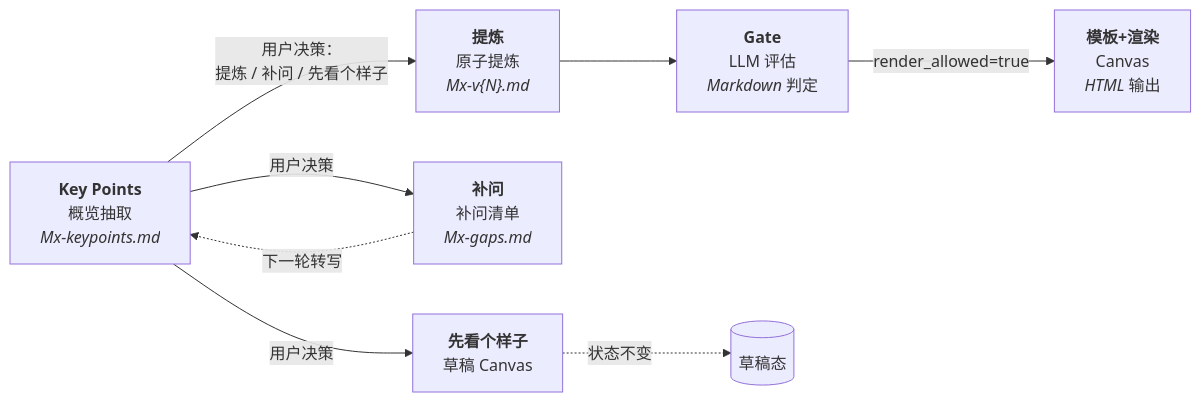
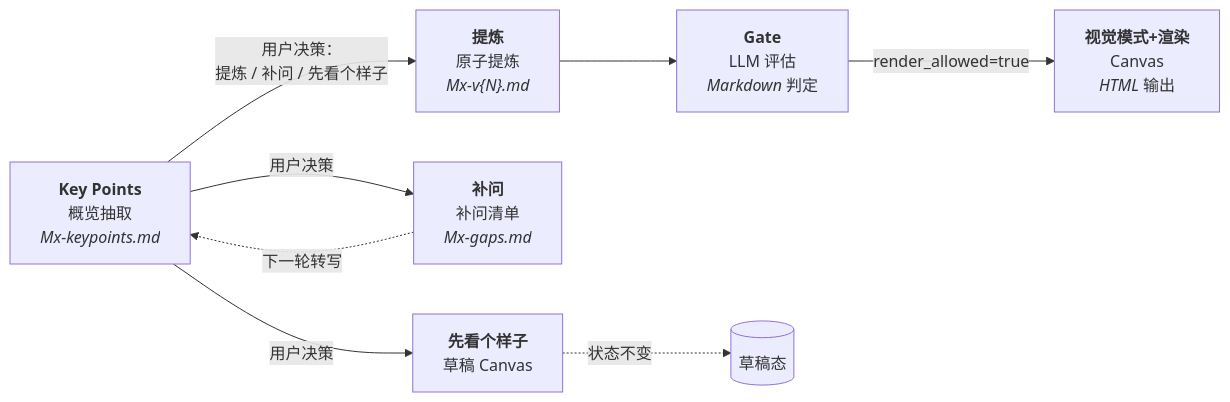
One commit to wanghongbj321-code/pratyaya changed the diagram in agents/mvl-workshop-facilitator.md. Above: the diagram before and after it, drawn with Mermaid. The commit also changed other lines of this file and 33 other files, not shown here.

First line of the commit message:
refactor(v3.0.0): 移除 HTML 模板库，迁移为 visual-patterns 视觉模式

````diff
--- a/agents/mvl-workshop-facilitator.md
+++ b/agents/mvl-workshop-facilitator.md
@@ -65,11 +65,11 @@
 ```mermaid
 flowchart LR
     A["<b>Key Points</b><br/>概览抽取<br/><i>Mx-keypoints.md</i>"]
     A -->|用户决策：<br/>提炼 / 补问 / 先看个样子| B1["<b>提炼</b><br/>原子提炼<br/><i>Mx-v{N}.md</i>"]
     A -->|用户决策| B2["<b>补问</b><br/>补问清单<br/><i>Mx-gaps.md</i>"]
     A -->|用户决策| B3["<b>先看个样子</b><br/>草稿 Canvas"]
     B1 --> C["<b>Gate</b><br/>LLM 评估<br/><i>Markdown</i> 判定"]
     B2 -.->|下一轮转写| A
     B3 -.->|状态不变| Draft[("草稿态")]
-    C -->|render_allowed=true| D["<b>模板+渲染</b><br/>Canvas<br/><i>HTML</i> 输出"]
+    C -->|render_allowed=true| D["<b>视觉模式+渲染</b><br/>Canvas<br/><i>HTML</i> 输出"]
 ```
````
